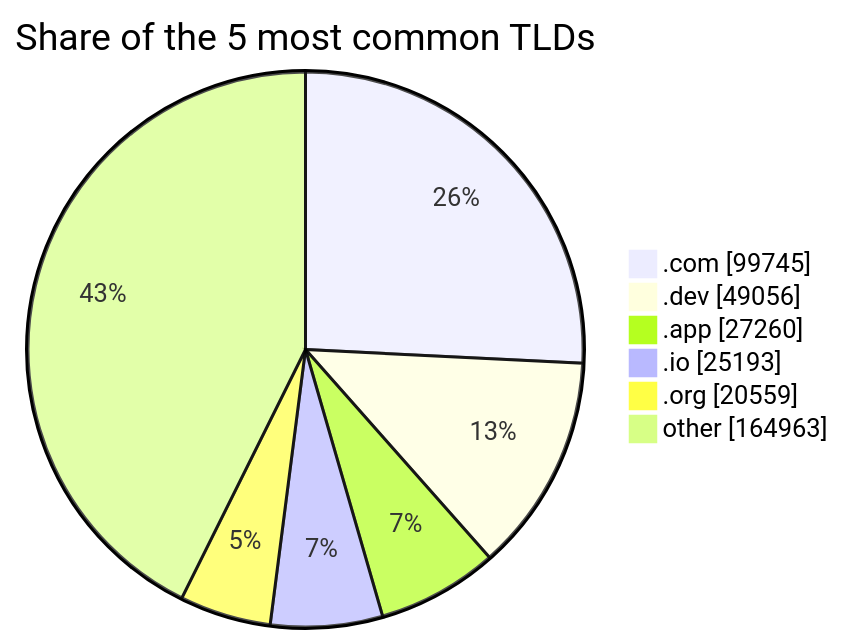
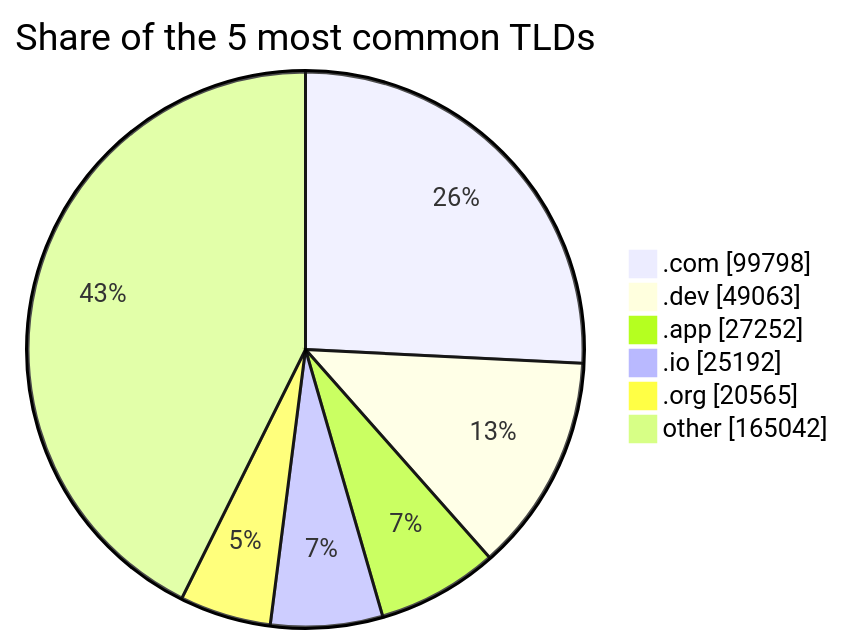
The third of 3 diagrams in README.md (DNSBunker/CTI), drawn with Mermaid before and after one commit. The commit also changed other lines of this file and 3 other files, not shown here.

````diff
--- a/README.md
+++ b/README.md
@@ -81,9 +81,9 @@
 ```mermaid
 pie showData title Share of the 5 most common TLDs
-    ".com" : 99745
-    ".dev" : 49056
-    ".app" : 27260
-    ".io" : 25193
-    ".org" : 20559
-    "other" : 164963
+    ".com" : 99798
+    ".dev" : 49063
+    ".app" : 27252
+    ".io" : 25192
+    ".org" : 20565
+    "other" : 165042
 ```
````
